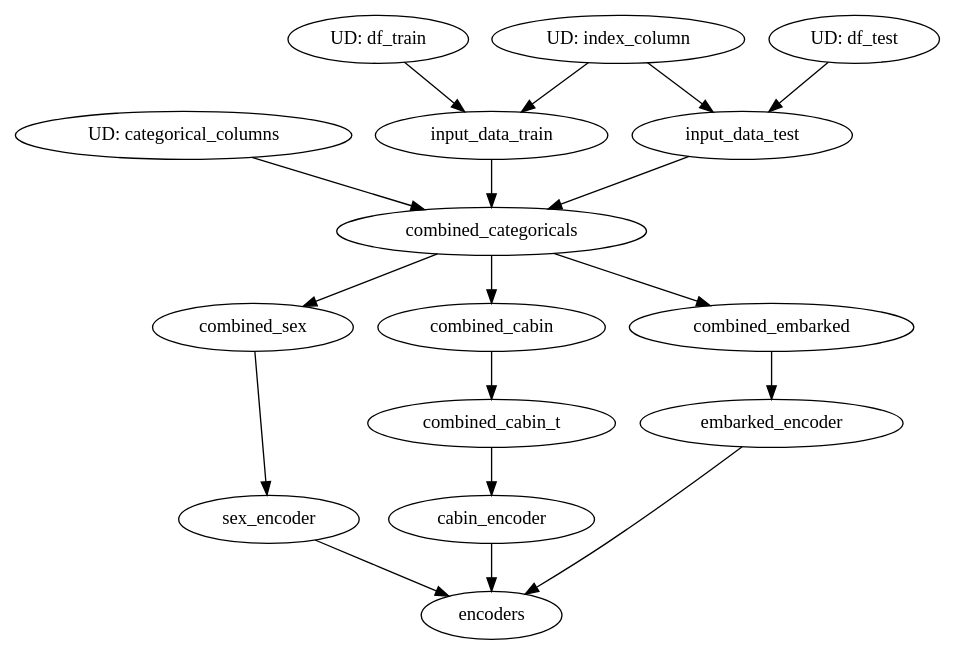
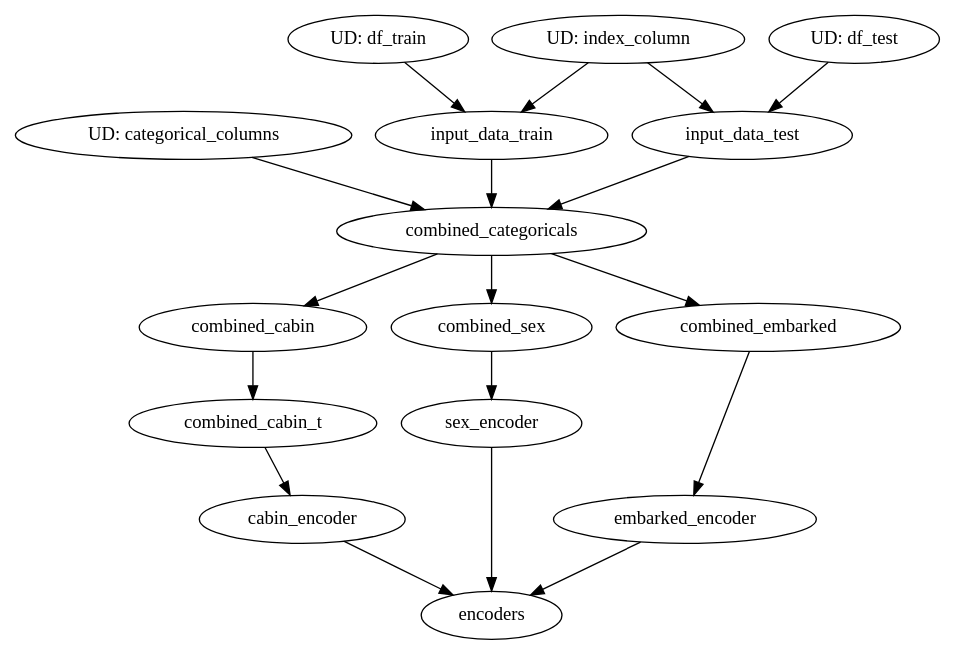
The diagram in artifacts/encoder.dot (aamir09/mlops2_with_dagster), drawn with Graphviz before and after one commit. The commit also changed other lines of this file and 15 other files, not shown here.

```diff
--- a/artifacts/encoder.dot
+++ b/artifacts/encoder.dot
@@ -1,39 +1,39 @@
 // Dependency Graph
 digraph {
+	cabin_encoder [label=cabin_encoder]
+	encoders [label=encoders]
+	combined_cabin [label=combined_cabin]
+	combined_cabin_t [label=combined_cabin_t]
+	combined_categoricals [label=combined_categoricals]
+	df_train [label=df_train]
+	embarked_encoder [label=embarked_encoder]
+	combined_sex [label=combined_sex]
+	df_test [label=df_test]
 	sex_encoder [label=sex_encoder]
-	combined_categoricals [label=combined_categoricals]
 	categorical_columns [label=categorical_columns]
-	combined_sex [label=combined_sex]
-	df_train [label=df_train]
-	df_test [label=df_test]
-	encoders [label=encoders]
 	input_data_train [label=input_data_train]
-	combined_cabin [label=combined_cabin]
+	combined_embarked [label=combined_embarked]
 	input_data_test [label=input_data_test]
 	index_column [label=index_column]
-	cabin_encoder [label=cabin_encoder]
-	embarked_encoder [label=embarked_encoder]
-	combined_cabin_t [label=combined_cabin_t]
-	combined_embarked [label=combined_embarked]
 	df_train [label="UD: df_train"]
+	categorical_columns [label="UD: categorical_columns"]
 	df_test [label="UD: df_test"]
 	index_column [label="UD: index_column"]
-	categorical_columns [label="UD: categorical_columns"]
-	combined_sex -> sex_encoder
+	combined_cabin_t -> cabin_encoder
+	cabin_encoder -> encoders
+	sex_encoder -> encoders
+	embarked_encoder -> encoders
+	combined_categoricals -> combined_cabin
+	combined_cabin -> combined_cabin_t
 	input_data_train -> combined_categoricals
 	input_data_test -> combined_categoricals
 	categorical_columns -> combined_categoricals
+	combined_embarked -> embarked_encoder
 	combined_categoricals -> combined_sex
-	cabin_encoder -> encoders
-	sex_encoder -> encoders
-	embarked_encoder -> encoders
+	combined_sex -> sex_encoder
 	df_train -> input_data_train
 	index_column -> input_data_train
-	combined_categoricals -> combined_cabin
+	combined_categoricals -> combined_embarked
 	df_test -> input_data_test
 	index_column -> input_data_test
-	combined_cabin_t -> cabin_encoder
-	combined_embarked -> embarked_encoder
-	combined_cabin -> combined_cabin_t
-	combined_categoricals -> combined_embarked
 }
```
